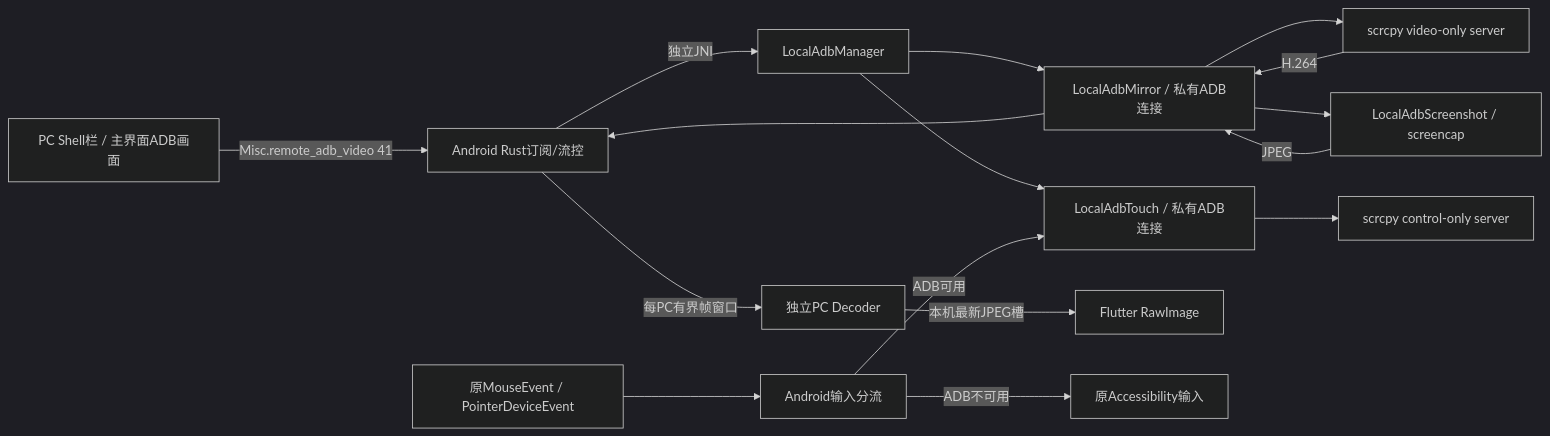
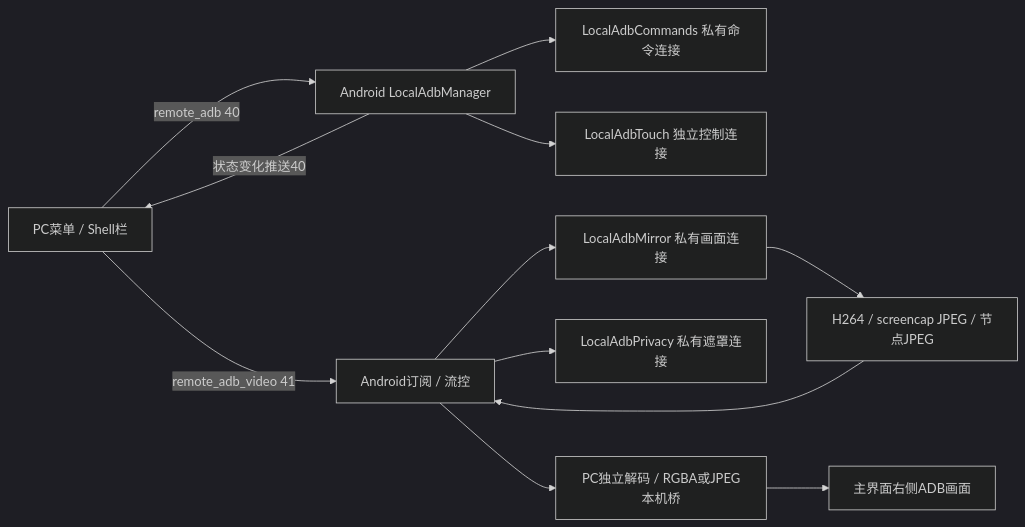
Before and after one commit to adb-shell/A-Shell-You: the diagram in docs/AI_ENGINEERING/14_ADB_MIRROR.md, drawn with Mermaid (dark theme). The commit also changed other lines of this file and 29 other files, not shown here.

````diff
--- a/docs/AI_ENGINEERING/14_ADB_MIRROR.md
+++ b/docs/AI_ENGINEERING/14_ADB_MIRROR.md
@@ -46,18 +83,14 @@
 ```mermaid
 flowchart LR
-  PC[PC Shell栏 / 主界面ADB画面] -->|Misc.remote_adb_video 41| HUB[Android Rust订阅/流控]
-  HUB -->|独立JNI| MAN[LocalAdbManager]
-  MAN --> VID[LocalAdbMirror / 私有ADB连接]
-  MAN --> IN[LocalAdbTouch / 私有ADB连接]
-  VID --> SV[scrcpy video-only server]
-  VID --> CAP[LocalAdbScreenshot / screencap]
-  IN --> SC[scrcpy control-only server]
-  SV -->|H.264| VID
-  CAP -->|JPEG| VID
-  VID --> HUB
-  HUB -->|每PC有界帧窗口| DEC[独立PC Decoder]
-  DEC -->|本机最新JPEG槽| VIEW[Flutter RawImage]
-  LEG[原MouseEvent / PointerDeviceEvent] --> ROUTE[Android输入分流]
-  ROUTE -->|ADB可用| IN
-  ROUTE -->|ADB不可用| ACC[原Accessibility输入]
+  PC[PC菜单 / Shell栏] -->|remote_adb 40| MAN[Android LocalAdbManager]
+  MAN --> CMD[LocalAdbCommands 私有命令连接]
+  MAN --> TOUCH[LocalAdbTouch 独立控制连接]
+  PC -->|remote_adb_video 41| HUB[Android订阅 / 流控]
+  HUB --> MIRROR[LocalAdbMirror 私有画面连接]
+  HUB --> PRIVACY[LocalAdbPrivacy 私有遮罩连接]
+  MIRROR --> SRC[H264 / screencap JPEG / 节点JPEG]
+  SRC --> HUB
+  HUB --> DEC[PC独立解码 / RGBA或JPEG本机桥]
+  DEC --> VIEW[主界面右侧ADB画面]
+  MAN -->|状态变化推送40| PC
 ```
````
